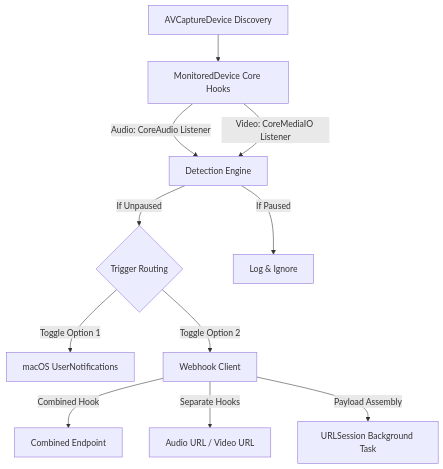
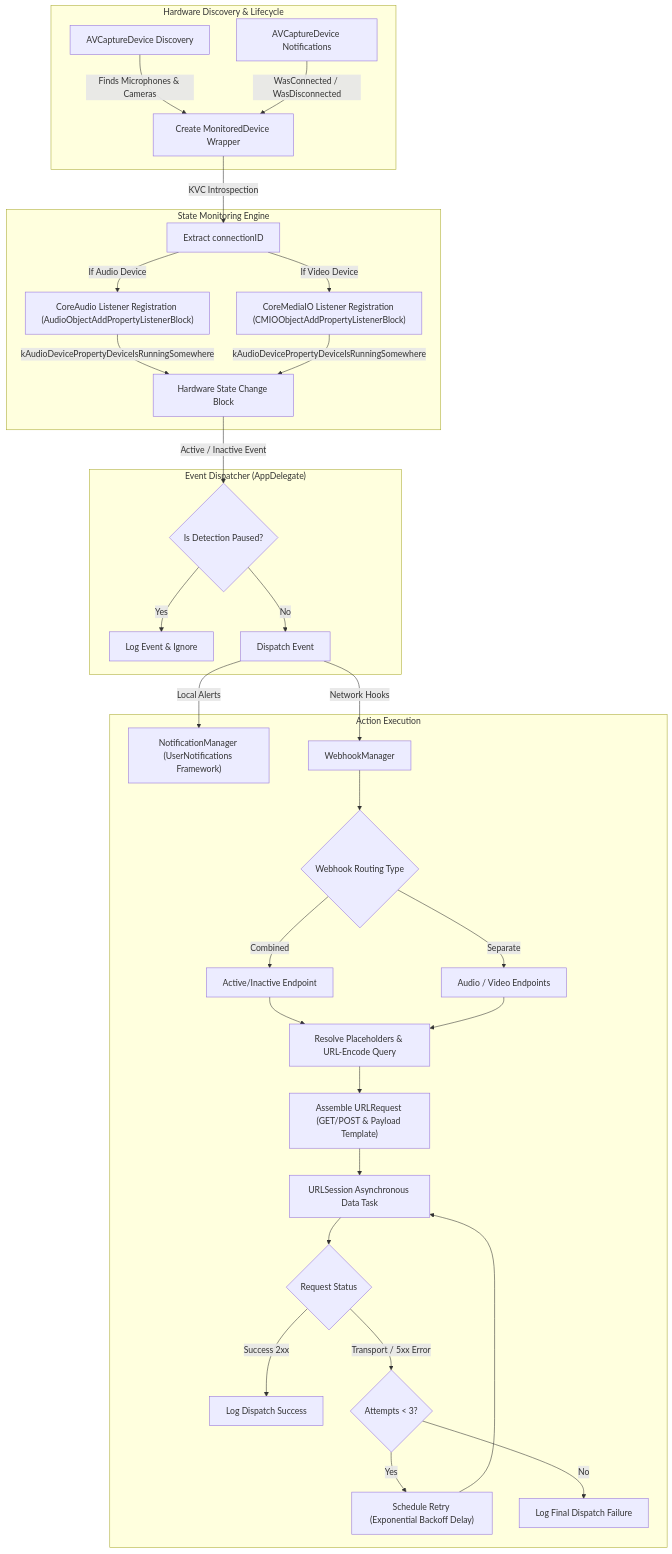
The diagram in README.md (fellowgeek/in-meeting), drawn with Mermaid before and after one commit. The commit also changed 1 other file, not shown here.

Commit message:
refactor: Enhance mermaid diagram for hardware discovery and event handling in PRD and README

````diff
--- a/README.md
+++ b/README.md
@@ -30,13 +30,46 @@
 ```mermaid
 graph TD
-    A[AVCaptureDevice Discovery] --> B[MonitoredDevice Core Hooks]
-    B -->|Audio: CoreAudio Listener| C[Detection Engine]
-    B -->|Video: CoreMediaIO Listener| C
-    C -->|If Unpaused| D{Trigger Routing}
-    C -->|If Paused| E[Log & Ignore]
-    D -->|Toggle Option 1| F[macOS UserNotifications]
-    D -->|Toggle Option 2| G[Webhook Client]
-    G -->|Combined Hook| H[Combined Endpoint]
-    G -->|Separate Hooks| I[Audio URL / Video URL]
-    G -->|Payload Assembly| J[URLSession Background Task]
+    %% Discovery & Lifecycle
+    subgraph Discovery ["Hardware Discovery & Lifecycle"]
+        A[AVCaptureDevice Discovery] -->|Finds Microphones & Cameras| B[Create MonitoredDevice Wrapper]
+        C[AVCaptureDevice Notifications] -->|WasConnected / WasDisconnected| B
+    end
+
+    %% State Monitoring
+    subgraph Monitoring ["State Monitoring Engine"]
+        B -->|KVC Introspection| D[Extract connectionID]
+        D -->|If Audio Device| E["CoreAudio Listener Registration (AudioObjectAddPropertyListenerBlock)"]
+        D -->|If Video Device| F["CoreMediaIO Listener Registration (CMIOObjectAddPropertyListenerBlock)"]
+        E -->|kAudioDevicePropertyDeviceIsRunningSomewhere| G[Hardware State Change Block]
+        F -->|kAudioDevicePropertyDeviceIsRunningSomewhere| G
+    end
+
+    %% Routing
+    subgraph Routing ["Event Dispatcher (AppDelegate)"]
+        G -->|Active / Inactive Event| H{"Is Detection Paused?"}
+        H -->|Yes| I[Log Event & Ignore]
+        H -->|No| J[Dispatch Event]
+    end
+
+    %% Targets
+    subgraph Actions ["Action Execution"]
+        J -->|Local Alerts| K["NotificationManager (UserNotifications Framework)"]
+        J -->|Network Hooks| L[WebhookManager]
+        
+        L --> M{Webhook Routing Type}
+        
+        M -->|Combined| N[Active/Inactive Endpoint]
+        M -->|Separate| O[Audio / Video Endpoints]
+        
+        N --> P[Resolve Placeholders & URL-Encode Query]
+        O --> P
+        P --> Q["Assemble URLRequest (GET/POST & Payload Template)"]
+        Q --> R[URLSession Asynchronous Data Task]
+        R --> S{Request Status}
+        S -->|Success 2xx| T[Log Dispatch Success]
+        S -->|Transport / 5xx Error| U{"Attempts < 3?"}
+        U -->|Yes| V["Schedule Retry (Exponential Backoff Delay)"]
+        V --> R
+        U -->|No| W[Log Final Dispatch Failure]
+    end
 ```
````
